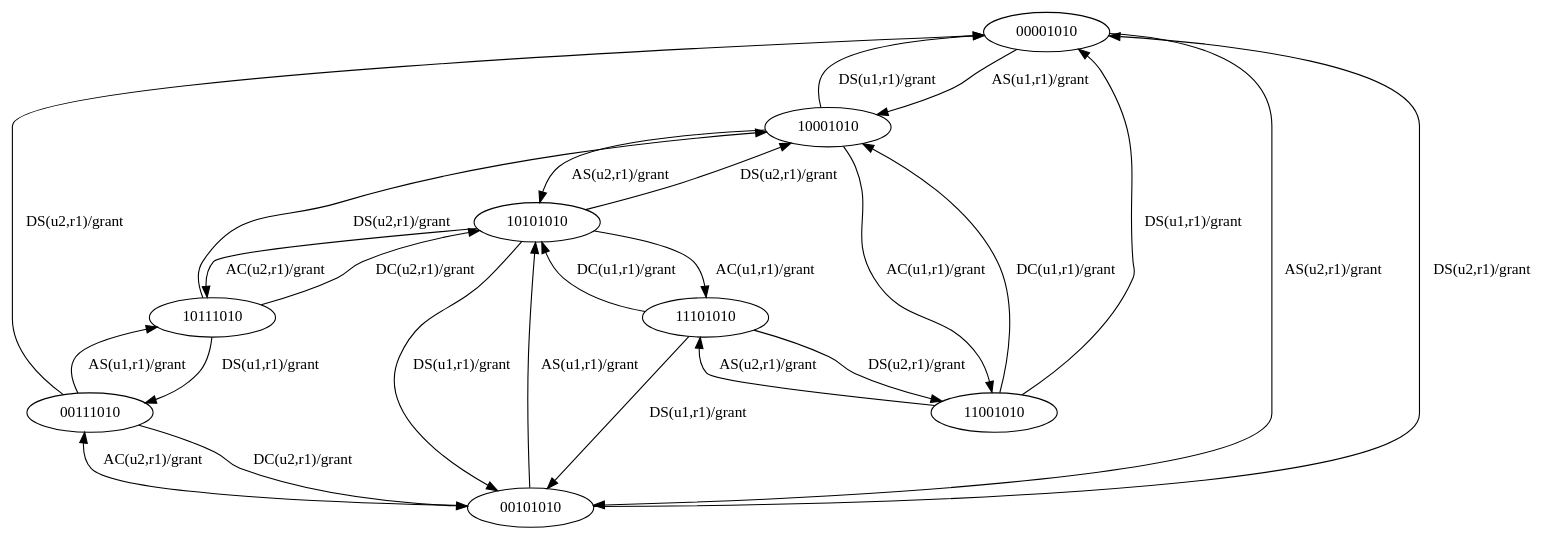
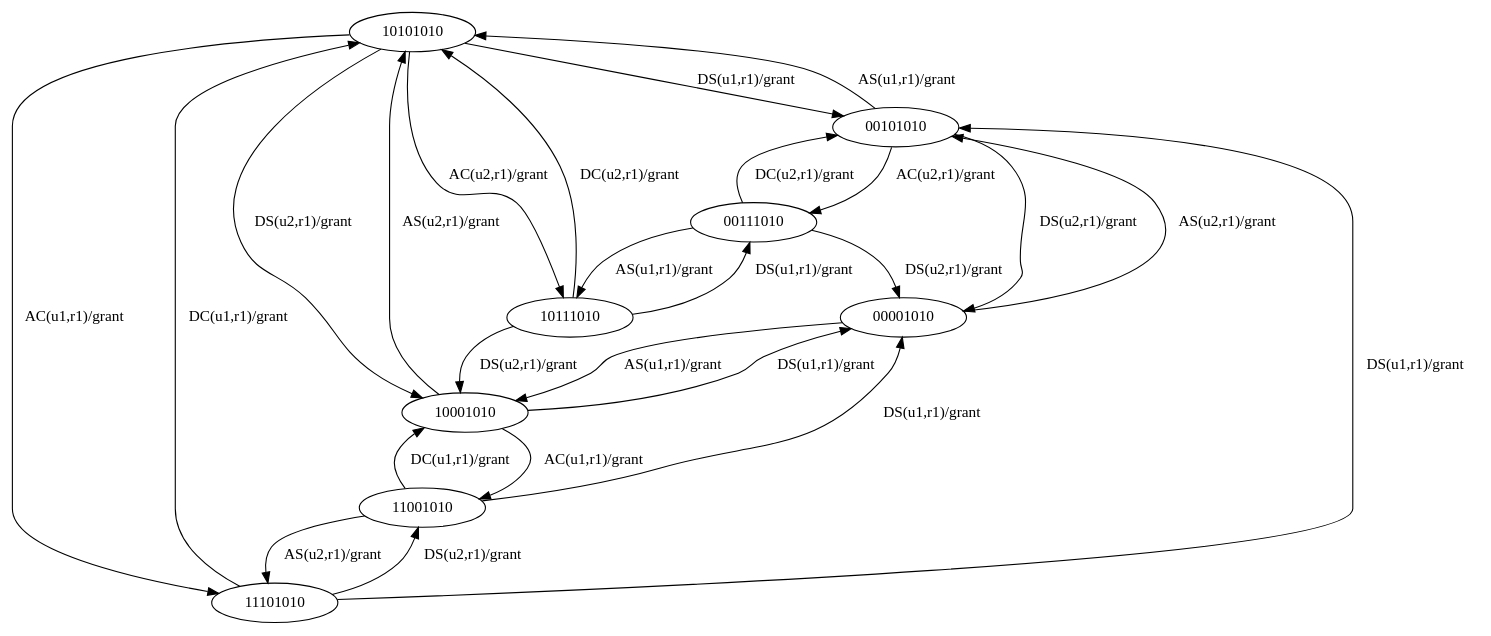
The diagram in rbac-bt/policies/examples/Masood2010Example1.dot (damascenodiego/rbac-bt), drawn with Graphviz before and after one commit. The commit also changed other lines of this file and 21 other files, not shown here.

```diff
--- a/rbac-bt/policies/examples/Masood2010Example1.dot
+++ b/rbac-bt/policies/examples/Masood2010Example1.dot
@@ -1,26 +1,26 @@
 digraph rbac2Fsm {
-  00001010 -> 10001010 [ label ="AS(u1,r1)/grant"];
-  00001010 -> 00101010 [ label ="AS(u2,r1)/grant"];
-  10001010 -> 00001010 [ label ="DS(u1,r1)/grant"];
-  10001010 -> 11001010 [ label ="AC(u1,r1)/grant"];
-  10001010 -> 10101010 [ label ="AS(u2,r1)/grant"];
-  00101010 -> 10101010 [ label ="AS(u1,r1)/grant"];
-  00101010 -> 00001010 [ label ="DS(u2,r1)/grant"];
-  00101010 -> 00111010 [ label ="AC(u2,r1)/grant"];
-  11001010 -> 00001010 [ label ="DS(u1,r1)/grant"];
-  11001010 -> 10001010 [ label ="DC(u1,r1)/grant"];
-  11001010 -> 11101010 [ label ="AS(u2,r1)/grant"];
   10101010 -> 00101010 [ label ="DS(u1,r1)/grant"];
   10101010 -> 11101010 [ label ="AC(u1,r1)/grant"];
   10101010 -> 10001010 [ label ="DS(u2,r1)/grant"];
   10101010 -> 10111010 [ label ="AC(u2,r1)/grant"];
+  00101010 -> 10101010 [ label ="AS(u1,r1)/grant"];
+  00101010 -> 00001010 [ label ="DS(u2,r1)/grant"];
+  00101010 -> 00111010 [ label ="AC(u2,r1)/grant"];
+  11101010 -> 00101010 [ label ="DS(u1,r1)/grant"];
+  11101010 -> 10101010 [ label ="DC(u1,r1)/grant"];
+  11101010 -> 11001010 [ label ="DS(u2,r1)/grant"];
+  10001010 -> 00001010 [ label ="DS(u1,r1)/grant"];
+  10001010 -> 11001010 [ label ="AC(u1,r1)/grant"];
+  10001010 -> 10101010 [ label ="AS(u2,r1)/grant"];
+  10111010 -> 00111010 [ label ="DS(u1,r1)/grant"];
+  10111010 -> 10001010 [ label ="DS(u2,r1)/grant"];
+  10111010 -> 10101010 [ label ="DC(u2,r1)/grant"];
+  00001010 -> 10001010 [ label ="AS(u1,r1)/grant"];
+  00001010 -> 00101010 [ label ="AS(u2,r1)/grant"];
   00111010 -> 10111010 [ label ="AS(u1,r1)/grant"];
   00111010 -> 00001010 [ label ="DS(u2,r1)/grant"];
   00111010 -> 00101010 [ label ="DC(u2,r1)/grant"];
-  11101010 -> 00101010 [ label ="DS(u1,r1)/grant"];
-  11101010 -> 10101010 [ label ="DC(u1,r1)/grant"];
-  11101010 -> 11001010 [ label ="DS(u2,r1)/grant"];
-  10111010 -> 00111010 [ label ="DS(u1,r1)/grant"];
-  10111010 -> 10001010 [ label ="DS(u2,r1)/grant"];
-  10111010 -> 10101010 [ label ="DC(u2,r1)/grant"];
+  11001010 -> 00001010 [ label ="DS(u1,r1)/grant"];
+  11001010 -> 10001010 [ label ="DC(u1,r1)/grant"];
+  11001010 -> 11101010 [ label ="AS(u2,r1)/grant"];
 }
```
